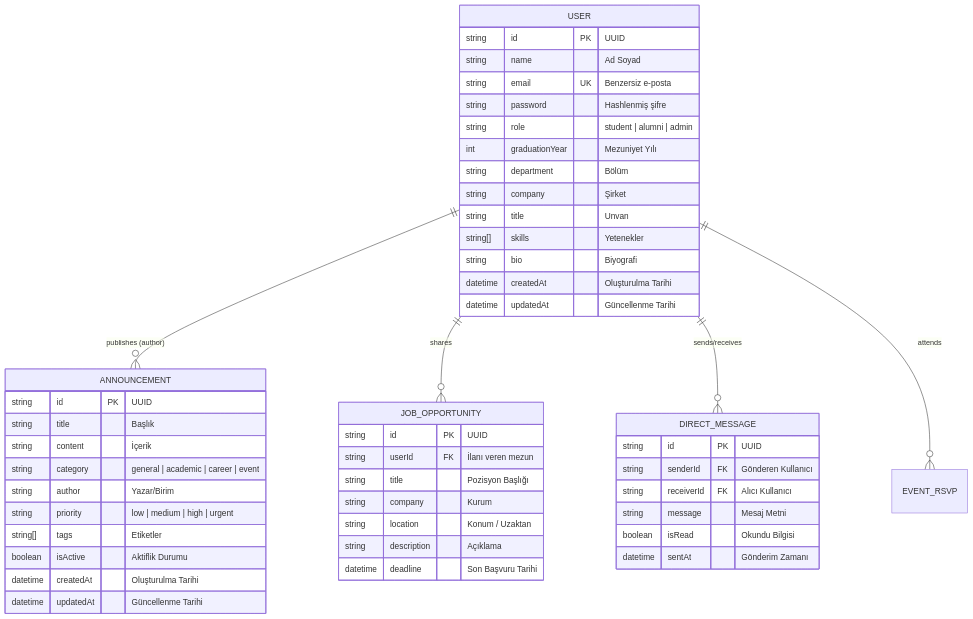
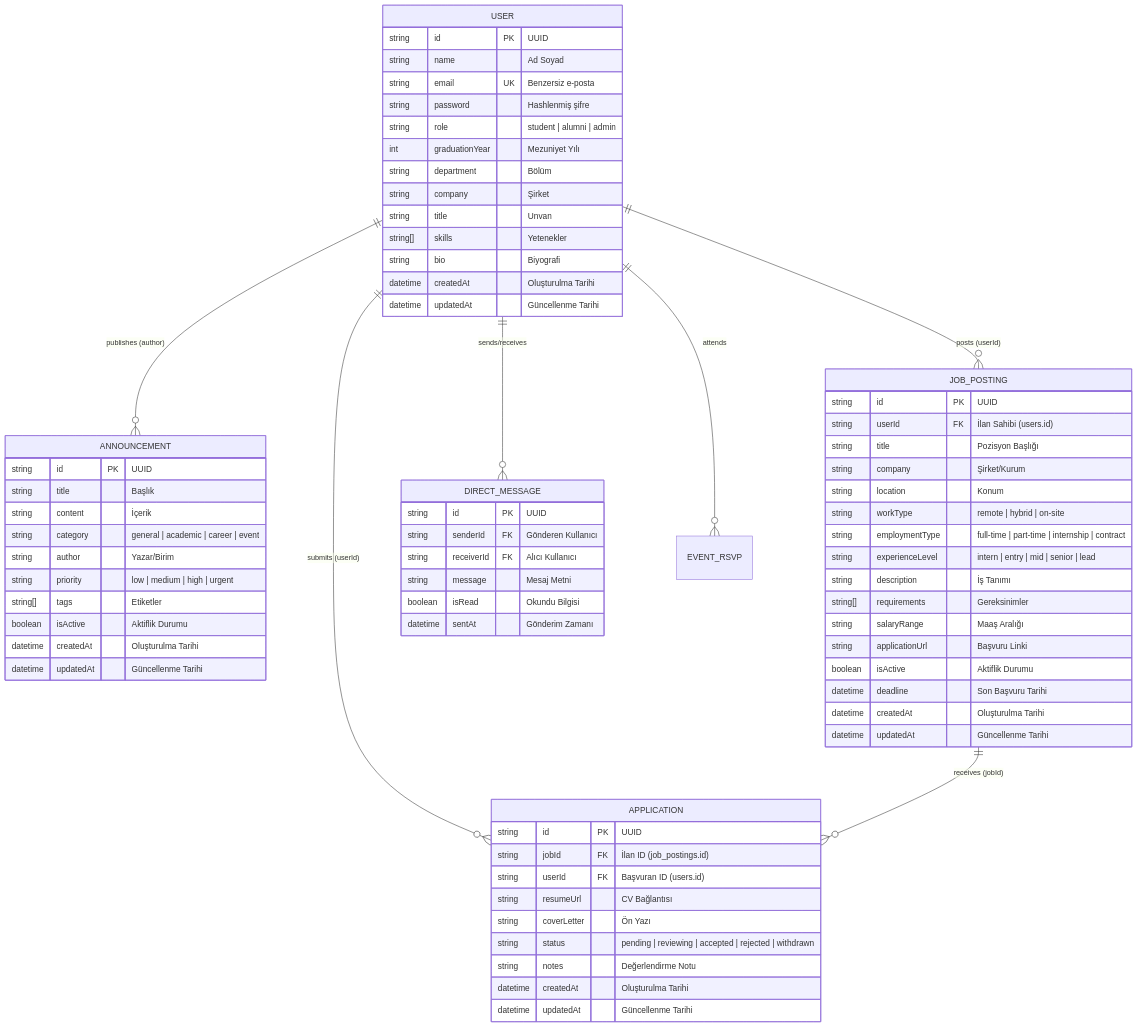
One commit to sefeturan/alumni changed the diagram in ddd.md. Above: the diagram before and after it, drawn with Mermaid. The commit also changed other lines of this file and 20 other files, not shown here.

First line of the commit message:
feat: job postings and applications migrations, models, relationships, routes, and seeding

````diff
--- a/ddd.md
+++ b/ddd.md
@@ -120,55 +177,78 @@
 ```mermaid
 erDiagram
     USER ||--o{ ANNOUNCEMENT : "publishes (author)"
-    USER ||--o{ JOB_OPPORTUNITY : "shares"
+    USER ||--o{ JOB_POSTING : "posts (userId)"
+    USER ||--o{ APPLICATION : "submits (userId)"
+    JOB_POSTING ||--o{ APPLICATION : "receives (jobId)"
     USER ||--o{ DIRECT_MESSAGE : "sends/receives"
     USER ||--o{ EVENT_RSVP : "attends"
 
     USER {
         string id PK "UUID"
         string name "Ad Soyad"
         string email UK "Benzersiz e-posta"
         string password "Hashlenmiş şifre"
         string role "student | alumni | admin"
         int graduationYear "Mezuniyet Yılı"
         string department "Bölüm"
         string company "Şirket"
         string title "Unvan"
         string[] skills "Yetenekler"
         string bio "Biyografi"
         datetime createdAt "Oluşturulma Tarihi"
         datetime updatedAt "Güncellenme Tarihi"
     }
 
     ANNOUNCEMENT {
         string id PK "UUID"
         string title "Başlık"
         string content "İçerik"
         string category "general | academic | career | event"
         string author "Yazar/Birim"
         string priority "low | medium | high | urgent"
         string[] tags "Etiketler"
         boolean isActive "Aktiflik Durumu"
         datetime createdAt "Oluşturulma Tarihi"
         datetime updatedAt "Güncellenme Tarihi"
     }
 
-    JOB_OPPORTUNITY {
+    JOB_POSTING {
         string id PK "UUID"
-        string userId FK "İlanı veren mezun"
+        string userId FK "İlan Sahibi (users.id)"
         string title "Pozisyon Başlığı"
-        string company "Kurum"
-        string location "Konum / Uzaktan"
-        string description "Açıklama"
+        string company "Şirket/Kurum"
+        string location "Konum"
+        string workType "remote | hybrid | on-site"
+        string employmentType "full-time | part-time | internship | contract"
+        string experienceLevel "intern | entry | mid | senior | lead"
+        string description "İş Tanımı"
+        string[] requirements "Gereksinimler"
+        string salaryRange "Maaş Aralığı"
+        string applicationUrl "Başvuru Linki"
+        boolean isActive "Aktiflik Durumu"
         datetime deadline "Son Başvuru Tarihi"
+        datetime createdAt "Oluşturulma Tarihi"
+        datetime updatedAt "Güncellenme Tarihi"
+    }
+
+    APPLICATION {
+        string id PK "UUID"
+        string jobId FK "İlan ID (job_postings.id)"
+        string userId FK "Başvuran ID (users.id)"
+        string resumeUrl "CV Bağlantısı"
+        string coverLetter "Ön Yazı"
+        string status "pending | reviewing | accepted | rejected | withdrawn"
+        string notes "Değerlendirme Notu"
+        datetime createdAt "Oluşturulma Tarihi"
+        datetime updatedAt "Güncellenme Tarihi"
     }
 
     DIRECT_MESSAGE {
         string id PK "UUID"
         string senderId FK "Gönderen Kullanıcı"
         string receiverId FK "Alıcı Kullanıcı"
         string message "Mesaj Metni"
         boolean isRead "Okundu Bilgisi"
         datetime sentAt "Gönderim Zamanı"
     }
 ```
````
